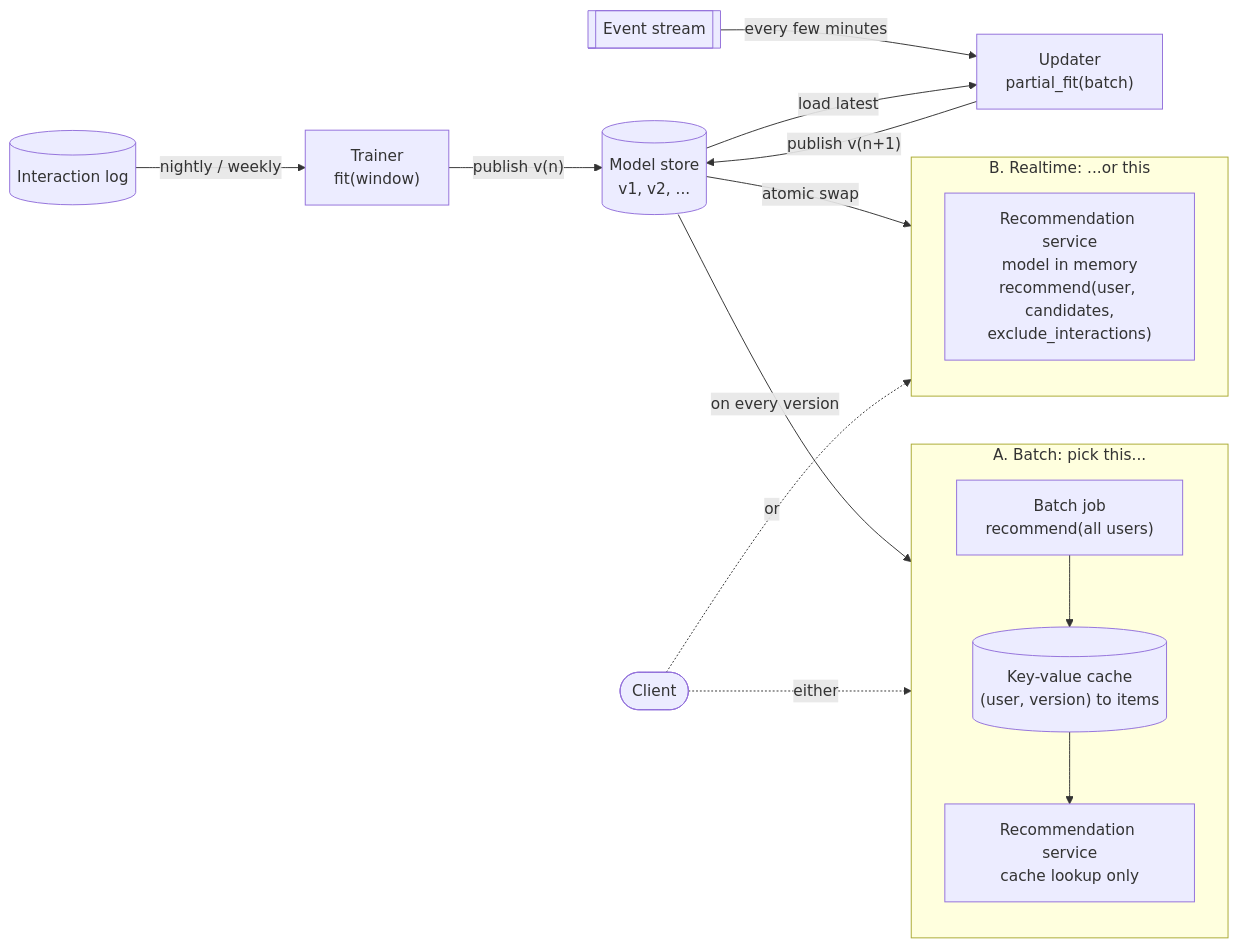
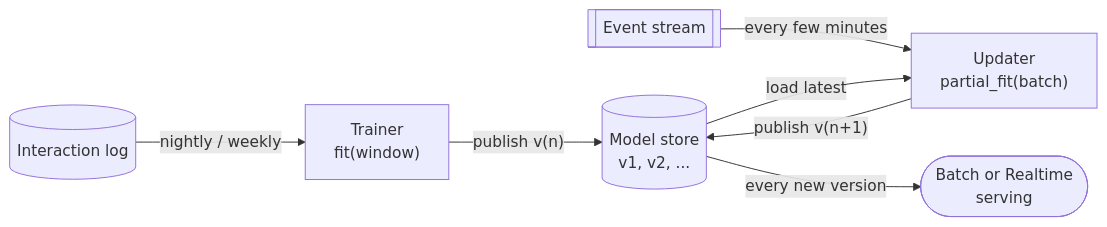
Before and after one commit to mrk-andreev/skrecsys: the first of 7 diagrams in README.md, drawn with Mermaid. The commit also changed other lines of this file and 212 other files, not shown here.

````diff
--- a/README.md
+++ b/README.md
@@ -174,33 +804,16 @@
 ```mermaid
 flowchart LR
     log[("Interaction log")]
     stream[["Event stream"]]
     trainer["Trainer<br/>fit(window)"]
     updater["Updater<br/>partial_fit(batch)"]
     store[("Model store<br/>v1, v2, ...")]
-    client(["Client"])
+    serving(["Batch or Realtime<br/>serving"])
 
     log -->|"nightly / weekly"| trainer
     trainer -->|"publish v(n)"| store
     stream -->|"every few minutes"| updater
     store -->|"load latest"| updater
     updater -->|"publish v(n+1)"| store
-
-    subgraph A["A. Batch: pick this..."]
-        direction TB
-        batch["Batch job<br/>recommend(all users)"]
-        cache[("Key-value cache<br/>(user, version) to items")]
-        serviceA["Recommendation service<br/>cache lookup only"]
-        batch --> cache --> serviceA
-    end
-
-    subgraph B["B. Realtime: ...or this"]
-        direction TB
-        serviceB["Recommendation service<br/>model in memory<br/>recommend(user, candidates,<br/>exclude_interactions)"]
-    end
-
-    store -->|"on every version"| batch
-    store -->|"atomic swap"| serviceB
-    client -.->|"either"| serviceA
-    client -.->|"or"| serviceB
+    store -->|"every new version"| serving
 ```
````
